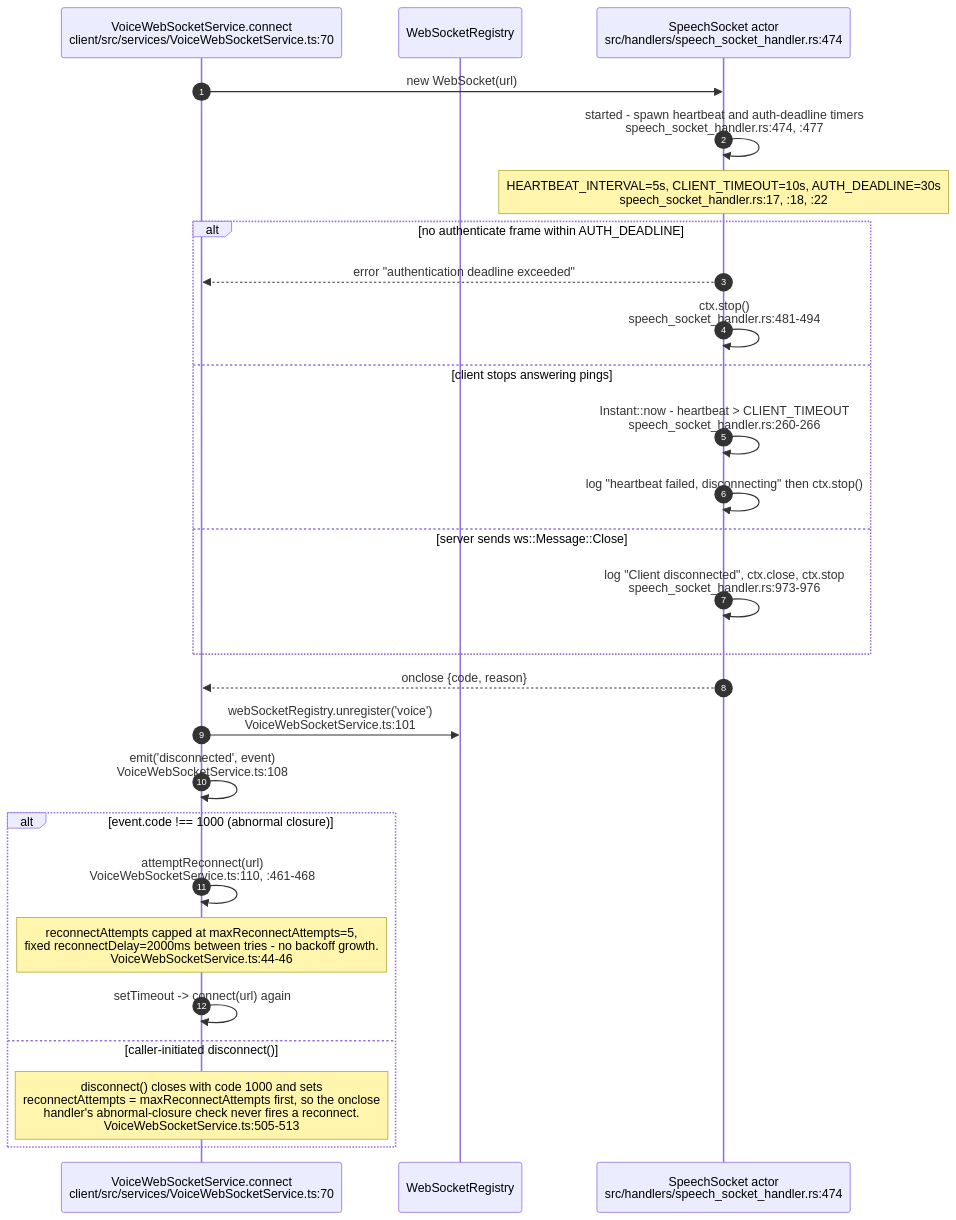
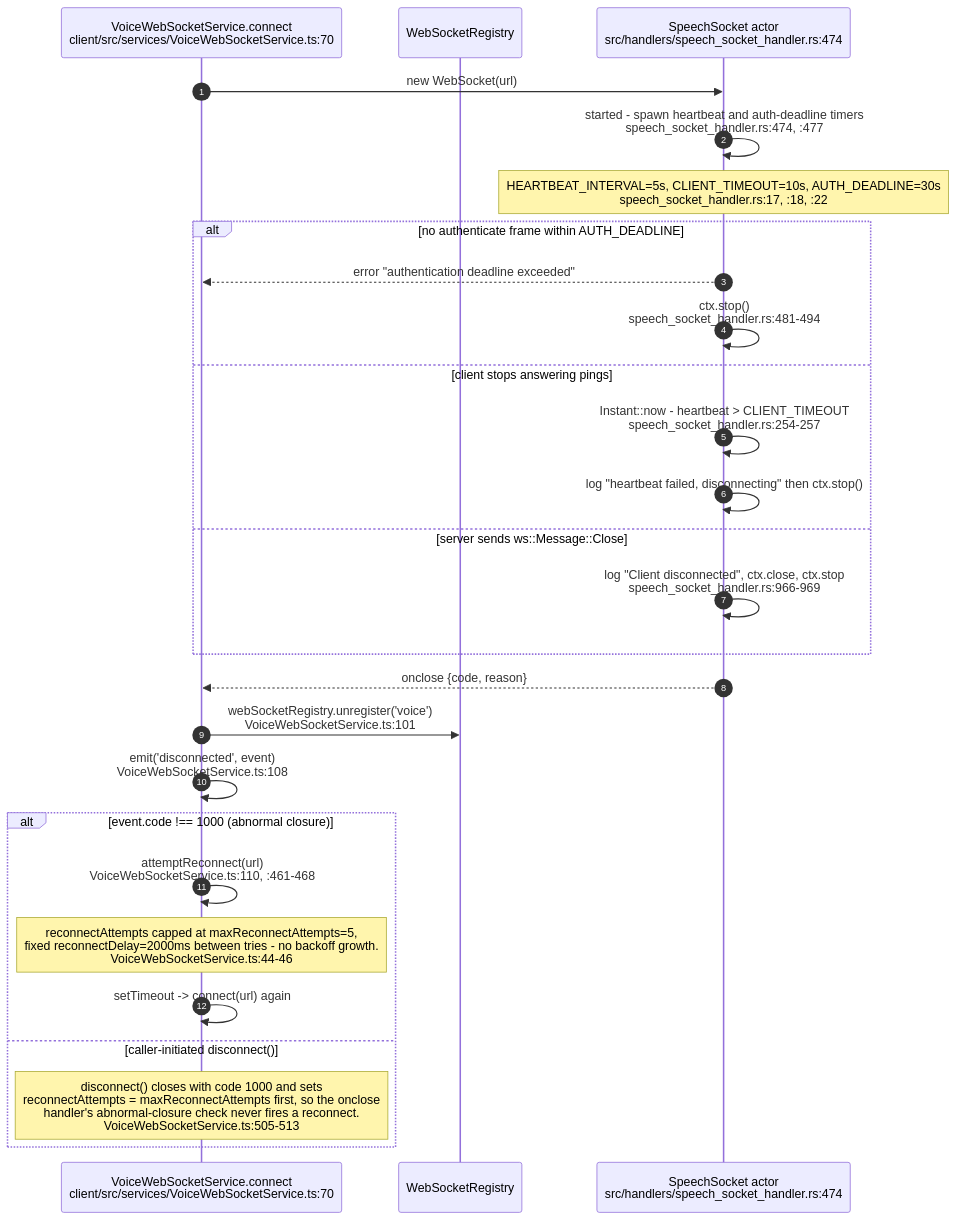
Diagram 12 of 12 in docs/diagrams/visionclaw/35-voice-end-to-end.md (DreamLab-AI/VisionFlow), drawn with Mermaid before and after one commit. The commit also changed other lines of this file and 10 other files, not shown here.

First line of the commit message:
docs(diagrams): close ER-1 to ER-4 and ER-33 across ten topics, re-stamped

````diff
--- a/docs/diagrams/visionclaw/35-voice-end-to-end.md
+++ b/docs/diagrams/visionclaw/35-voice-end-to-end.md
@@ -536,30 +537,30 @@
 ```mermaid
 sequenceDiagram
     autonumber
     participant VW as VoiceWebSocketService.connect<br/>client/src/services/VoiceWebSocketService.ts:70
     participant REG as WebSocketRegistry
     participant SS as SpeechSocket actor<br/>src/handlers/speech_socket_handler.rs:474
 
     VW->>SS: new WebSocket(url)
     SS->>SS: started - spawn heartbeat and auth-deadline timers<br/>speech_socket_handler.rs:474, :477
     Note over SS: HEARTBEAT_INTERVAL=5s, CLIENT_TIMEOUT=10s, AUTH_DEADLINE=30s<br/>speech_socket_handler.rs:17, :18, :22
     alt no authenticate frame within AUTH_DEADLINE
         SS-->>VW: error "authentication deadline exceeded"
         SS->>SS: ctx.stop()<br/>speech_socket_handler.rs:481-494
     else client stops answering pings
-        SS->>SS: Instant::now - heartbeat > CLIENT_TIMEOUT<br/>speech_socket_handler.rs:260-266
+        SS->>SS: Instant::now - heartbeat > CLIENT_TIMEOUT<br/>speech_socket_handler.rs:254-257
         SS->>SS: log "heartbeat failed, disconnecting" then ctx.stop()
     else server sends ws::Message::Close
-        SS->>SS: log "Client disconnected", ctx.close, ctx.stop<br/>speech_socket_handler.rs:973-976
+        SS->>SS: log "Client disconnected", ctx.close, ctx.stop<br/>speech_socket_handler.rs:966-969
     end
     SS-->>VW: onclose {code, reason}
     VW->>REG: webSocketRegistry.unregister('voice')<br/>VoiceWebSocketService.ts:101
     VW->>VW: emit('disconnected', event)<br/>VoiceWebSocketService.ts:108
     alt event.code !== 1000 (abnormal closure)
         VW->>VW: attemptReconnect(url)<br/>VoiceWebSocketService.ts:110, :461-468
         Note over VW: reconnectAttempts capped at maxReconnectAttempts=5,<br/>fixed reconnectDelay=2000ms between tries - no backoff growth.<br/>VoiceWebSocketService.ts:44-46
         VW->>VW: setTimeout -> connect(url) again
     else caller-initiated disconnect()
         Note over VW: disconnect() closes with code 1000 and sets<br/>reconnectAttempts = maxReconnectAttempts first, so the onclose<br/>handler's abnormal-closure check never fires a reconnect.<br/>VoiceWebSocketService.ts:505-513
     end
 ```
````
